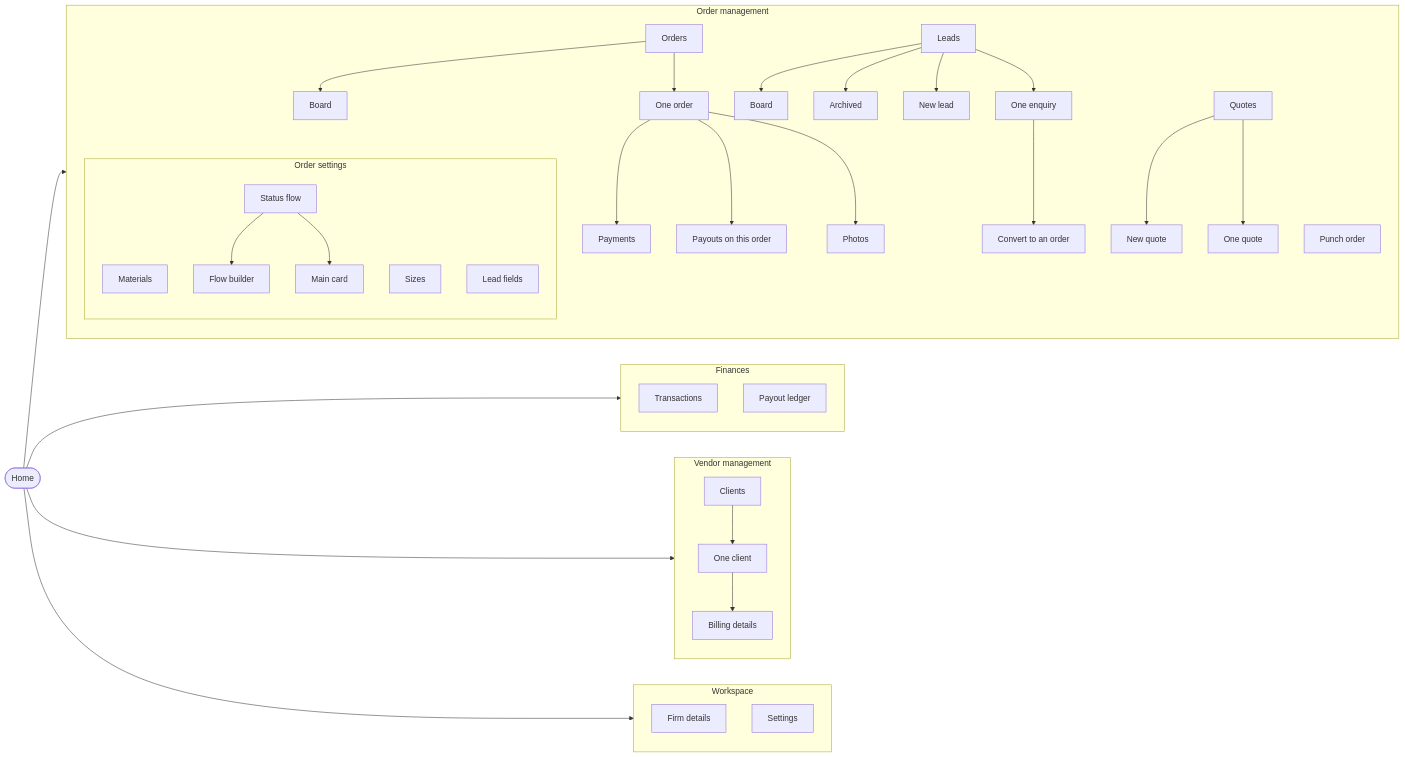
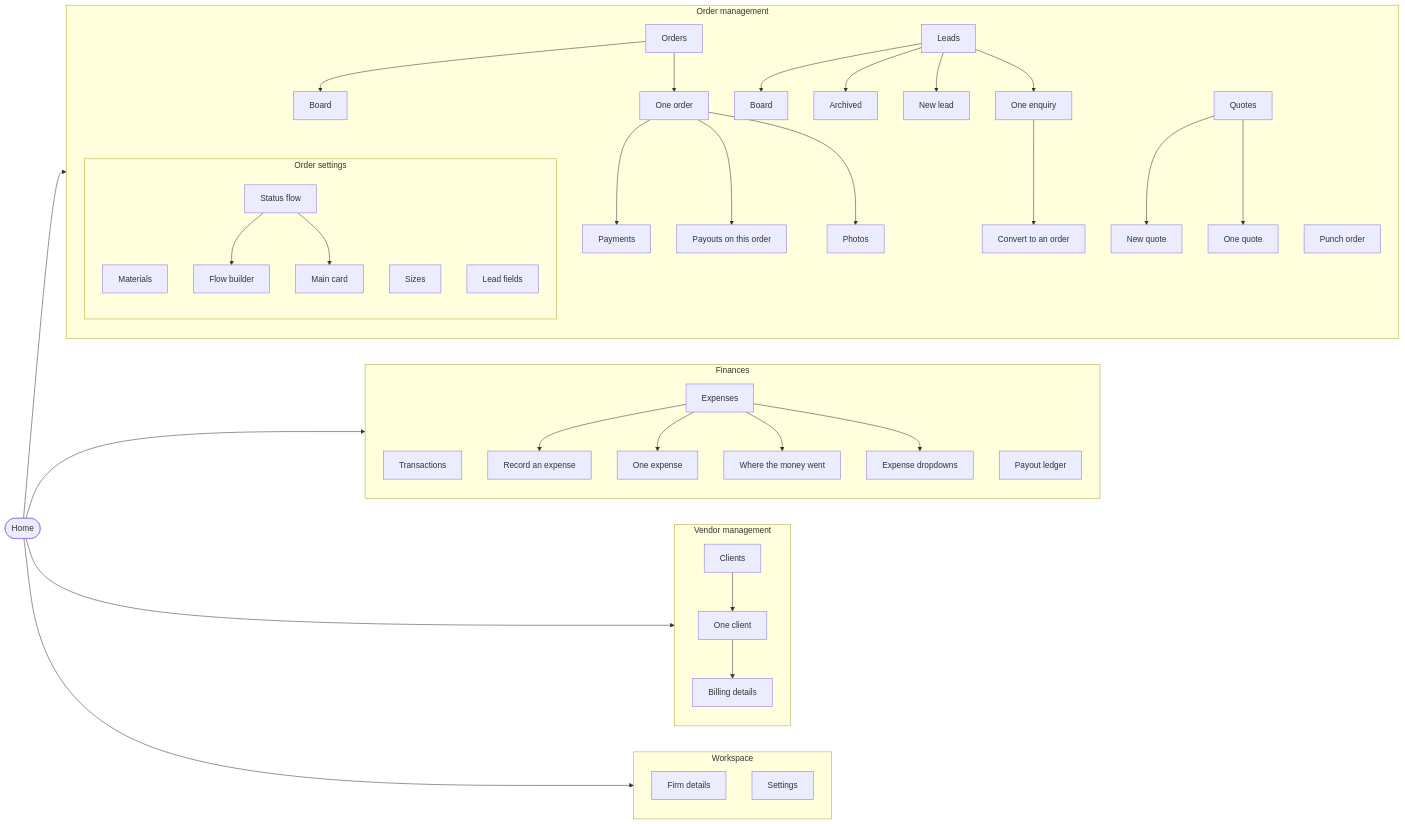
Before and after one commit to firstleaptechnologies-coder/factory-automation: the diagram in docs/NAVIGATION.md, drawn with Mermaid. The commit also changed other lines of this file and 51 other files, not shown here.

````diff
--- a/docs/NAVIGATION.md
+++ b/docs/NAVIGATION.md
@@ -18,68 +18,77 @@
 ```mermaid
 flowchart LR
   Home([Home])
   subgraph cat_orders["Order management"]
     direction TB
     punch["Punch order"]
     orders["Orders"]
     order_board["Board"]
     orders --> order_board
     order_detail["One order"]
     orders --> order_detail
     order_payments["Payments"]
     order_detail --> order_payments
     order_payouts["Payouts on this order"]
     order_detail --> order_payouts
     order_photos["Photos"]
     order_detail --> order_photos
     leads["Leads"]
     lead_board["Board"]
     leads --> lead_board
     lead_archive["Archived"]
     leads --> lead_archive
     lead_new["New lead"]
     leads --> lead_new
     lead_detail["One enquiry"]
     leads --> lead_detail
     lead_convert["Convert to an order"]
     lead_detail --> lead_convert
     quotes["Quotes"]
     quote_new["New quote"]
     quotes --> quote_new
     quote_detail["One quote"]
     quotes --> quote_detail
     subgraph cat_order_settings["Order settings"]
       direction TB
     materials["Materials"]
     sizes["Sizes"]
     flow["Status flow"]
     flow_canvas["Flow builder"]
     flow --> flow_canvas
     main_card["Main card"]
     flow --> main_card
     lead_fields["Lead fields"]
     end
   end
   Home --> cat_orders
   subgraph cat_finances["Finances"]
     direction TB
     transactions["Transactions"]
     payouts["Payout ledger"]
+    expenses["Expenses"]
+    expense_form["Record an expense"]
+    expenses --> expense_form
+    expense_detail["One expense"]
+    expenses --> expense_detail
+    expense_analytics["Where the money went"]
+    expenses --> expense_analytics
+    expense_options["Expense dropdowns"]
+    expenses --> expense_options
   end
   Home --> cat_finances
   subgraph cat_vendors["Vendor management"]
     direction TB
     clients["Clients"]
     client_detail["One client"]
     clients --> client_detail
     client_firm["Billing details"]
     client_detail --> client_firm
   end
   Home --> cat_vendors
   subgraph cat_workspace["Workspace"]
     direction TB
     firm["Firm details"]
     settings["Settings"]
   end
   Home --> cat_workspace
 ```
````
